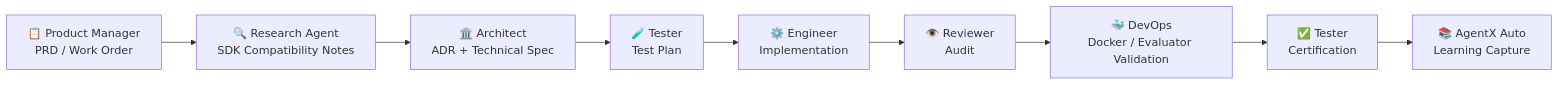
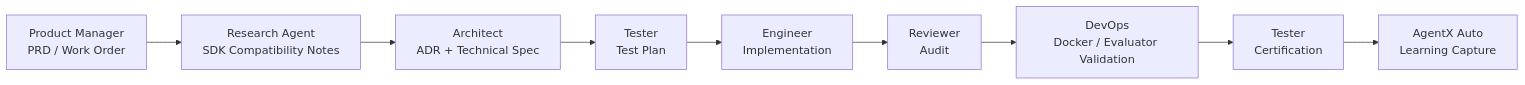
One commit to dsmith111/agentx-copilot-comparison changed the first of 2 diagrams in README.md. Above: the diagram before and after it, drawn with Mermaid.

Commit message:
docs: make mermaid role workflow chart renderer-compatible
Agent-Logs-Url: https://github.com/dsmith111/agentx-copilot-comparison/sessions/2c679471-b366-4665-be1f-cf97c810aa66

````diff
--- a/README.md
+++ b/README.md
@@ -185,11 +185,11 @@
 ```mermaid
 flowchart LR
-    PM["📋 Product Manager\nPRD / Work Order"] --> R["🔍 Research Agent\nSDK Compatibility Notes"]
-    R --> A["🏛️ Architect\nADR + Technical Spec"]
-    A --> TesterPlan["🧪 Tester\nTest Plan"]
-    TesterPlan --> E["⚙️ Engineer\nImplementation"]
-    E --> Rev["👁️ Reviewer\nAudit"]
-    Rev --> D["🐳 DevOps\nDocker / Evaluator Validation"]
-    D --> TesterCert["✅ Tester\nCertification"]
-    TesterCert --> Learn["📚 AgentX Auto\nLearning Capture"]
+    PM["Product Manager<br/>PRD / Work Order"] --> R["Research Agent<br/>SDK Compatibility Notes"]
+    R --> A["Architect<br/>ADR + Technical Spec"]
+    A --> TesterPlan["Tester<br/>Test Plan"]
+    TesterPlan --> E["Engineer<br/>Implementation"]
+    E --> Rev["Reviewer<br/>Audit"]
+    Rev --> D["DevOps<br/>Docker / Evaluator Validation"]
+    D --> TesterCert["Tester<br/>Certification"]
+    TesterCert --> Learn["AgentX Auto<br/>Learning Capture"]
 ```
````
